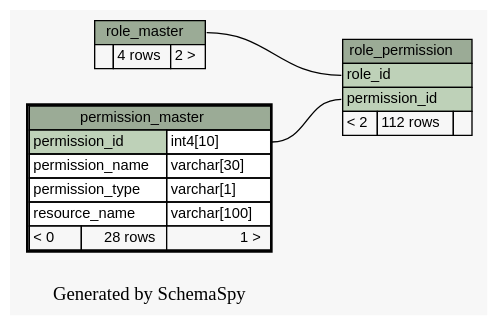
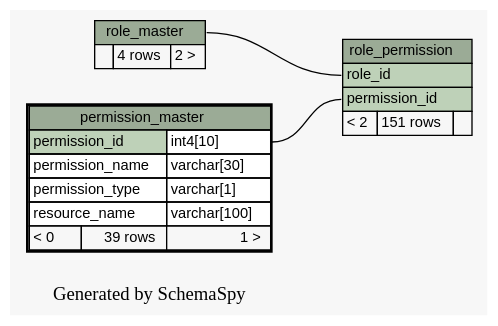
Before and after one commit to engineerscraft/hrms: the diagram in docs/database/schemaspy/graphs/permission_master.2degrees.dot, drawn with Graphviz. The commit also changed 235 other files, not shown here.

Commit message:
Updated schemaspy

```diff
--- a/docs/database/schemaspy/graphs/permission_master.2degrees.dot
+++ b/docs/database/schemaspy/graphs/permission_master.2degrees.dot
@@ -1,52 +1,52 @@
-// dot 2.38.0 on Windows 7 6.1
+// dot 2.38.0 on Windows 8.1 6.3
 digraph "twoDegreesRelationshipsGraph" {
   graph [
     rankdir="RL"
     bgcolor="#f7f7f7"
     label="\nGenerated by SchemaSpy"
     labeljust="l"
   ];
   node [
     fontname="Helvetica"
     fontsize="11"
     shape="plaintext"
   ];
   edge [
     arrowsize="0.8"
   ];
   "role_permission":"permission_id":w -> "permission_master":"permission_id.type":e [arrowtail=crowtee arrowhead=none];
   "role_permission":"role_id":w -> "role_master":"role_master.heading":e [arrowtail=crowtee arrowhead=none];
   "permission_master" [
     label=<
     <TABLE BORDER="2" CELLBORDER="1" CELLSPACING="0" BGCOLOR="#ffffff">
       <TR><TD PORT="permission_master.heading" COLSPAN="3" BGCOLOR="#9bab96" ALIGN="CENTER">permission_master</TD></TR>
       <TR><TD PORT="permission_id" COLSPAN="2" BGCOLOR="#bed1b8" ALIGN="LEFT">permission_id</TD><TD PORT="permission_id.type" ALIGN="LEFT">int4[10]</TD></TR>
       <TR><TD PORT="permission_name" COLSPAN="2" ALIGN="LEFT">permission_name</TD><TD PORT="permission_name.type" ALIGN="LEFT">varchar[30]</TD></TR>
       <TR><TD PORT="permission_type" COLSPAN="2" ALIGN="LEFT">permission_type</TD><TD PORT="permission_type.type" ALIGN="LEFT">varchar[1]</TD></TR>
       <TR><TD PORT="resource_name" COLSPAN="2" ALIGN="LEFT">resource_name</TD><TD PORT="resource_name.type" ALIGN="LEFT">varchar[100]</TD></TR>
-      <TR><TD ALIGN="LEFT" BGCOLOR="#f7f7f7">&lt; 0</TD><TD ALIGN="RIGHT" BGCOLOR="#f7f7f7">28 rows</TD><TD ALIGN="RIGHT" BGCOLOR="#f7f7f7">1 &gt;</TD></TR>
+      <TR><TD ALIGN="LEFT" BGCOLOR="#f7f7f7">&lt; 0</TD><TD ALIGN="RIGHT" BGCOLOR="#f7f7f7">39 rows</TD><TD ALIGN="RIGHT" BGCOLOR="#f7f7f7">1 &gt;</TD></TR>
     </TABLE>>
     URL="permission_master.html#"
     tooltip="permission_master"
   ];
   "role_master" [
     label=<
     <TABLE BORDER="0" CELLBORDER="1" CELLSPACING="0" BGCOLOR="#ffffff">
       <TR><TD PORT="role_master.heading" COLSPAN="3" BGCOLOR="#9bab96" ALIGN="CENTER">role_master</TD></TR>
       <TR><TD ALIGN="LEFT" BGCOLOR="#f7f7f7">  </TD><TD ALIGN="RIGHT" BGCOLOR="#f7f7f7">4 rows</TD><TD ALIGN="RIGHT" BGCOLOR="#f7f7f7">2 &gt;</TD></TR>
     </TABLE>>
     URL="role_master.html#graph"
     tooltip="role_master"
   ];
   "role_permission" [
     label=<
     <TABLE BORDER="0" CELLBORDER="1" CELLSPACING="0" BGCOLOR="#ffffff">
       <TR><TD PORT="role_permission.heading" COLSPAN="3" BGCOLOR="#9bab96" ALIGN="CENTER">role_permission</TD></TR>
       <TR><TD PORT="role_id" COLSPAN="3" BGCOLOR="#bed1b8" ALIGN="LEFT">role_id</TD></TR>
       <TR><TD PORT="permission_id" COLSPAN="3" BGCOLOR="#bed1b8" ALIGN="LEFT">permission_id</TD></TR>
-      <TR><TD ALIGN="LEFT" BGCOLOR="#f7f7f7">&lt; 2</TD><TD ALIGN="RIGHT" BGCOLOR="#f7f7f7">112 rows</TD><TD ALIGN="RIGHT" BGCOLOR="#f7f7f7">  </TD></TR>
+      <TR><TD ALIGN="LEFT" BGCOLOR="#f7f7f7">&lt; 2</TD><TD ALIGN="RIGHT" BGCOLOR="#f7f7f7">151 rows</TD><TD ALIGN="RIGHT" BGCOLOR="#f7f7f7">  </TD></TR>
     </TABLE>>
     URL="role_permission.html#graph"
     tooltip="role_permission"
   ];
 }
```
